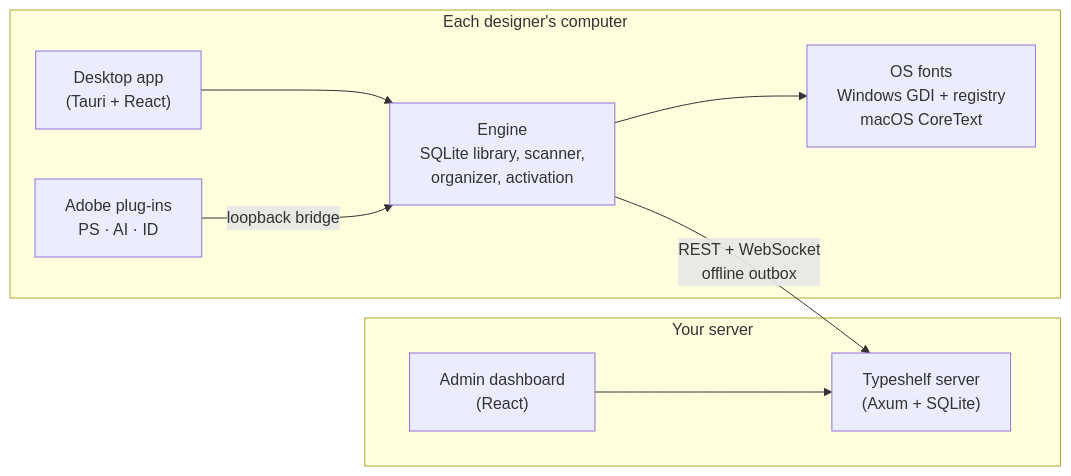
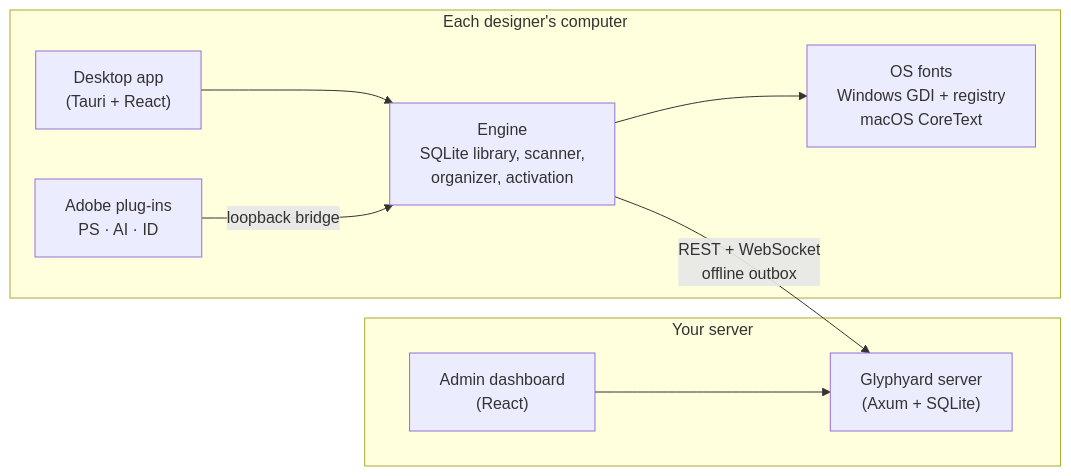
The diagram in README.md (YongkyA23/glyphyard), drawn with Mermaid before and after one commit. The commit also changed other lines of this file and 60 other files, not shown here.

````diff
--- a/README.md
+++ b/README.md
@@ -69,17 +71,17 @@
 ```mermaid
 flowchart LR
   subgraph PC["Each designer's computer"]
     UI["Desktop app<br/>(Tauri + React)"]
     ENG["Engine<br/>SQLite library, scanner,<br/>organizer, activation"]
     OS["OS fonts<br/>Windows GDI + registry<br/>macOS CoreText"]
     ADOBE["Adobe plug-ins<br/>PS · AI · ID"]
     UI --> ENG --> OS
     ADOBE -- "loopback bridge" --> ENG
   end
   subgraph SRV["Your server"]
-    API["Typeshelf server<br/>(Axum + SQLite)"]
+    API["Glyphyard server<br/>(Axum + SQLite)"]
     ADMIN["Admin dashboard<br/>(React)"]
     ADMIN --> API
   end
   ENG -- "REST + WebSocket<br/>offline outbox" --> API
 ```
````
